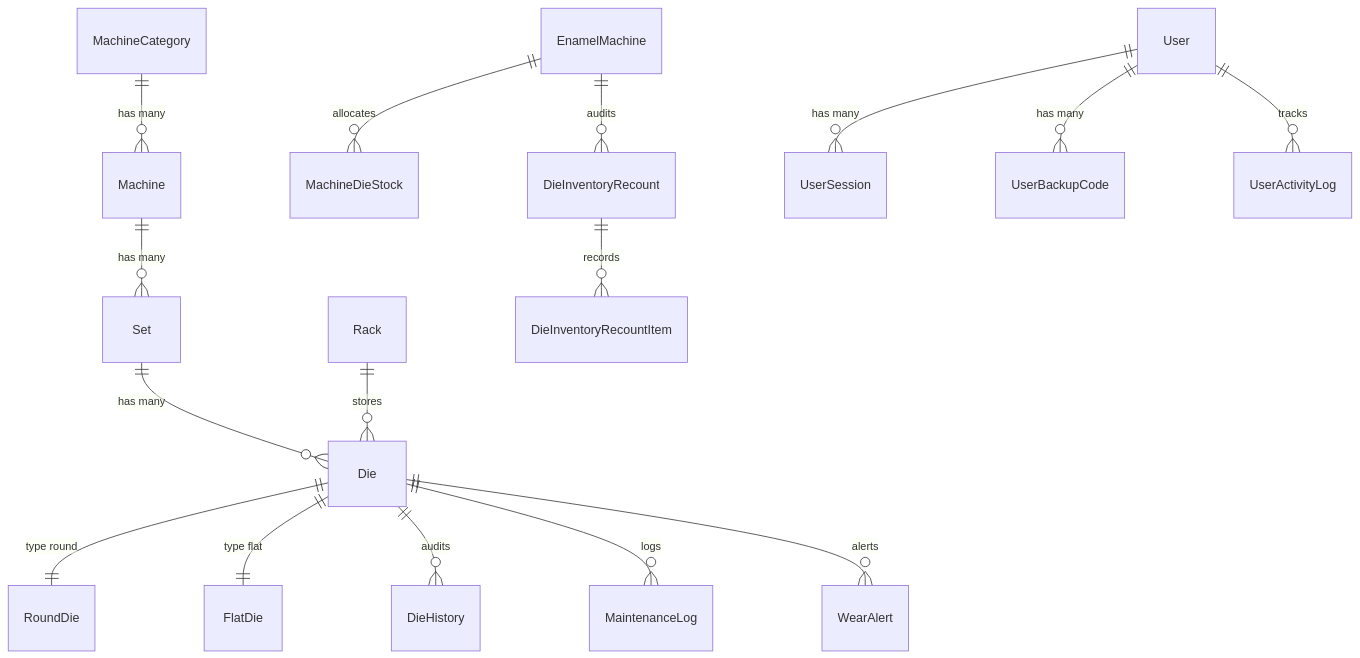
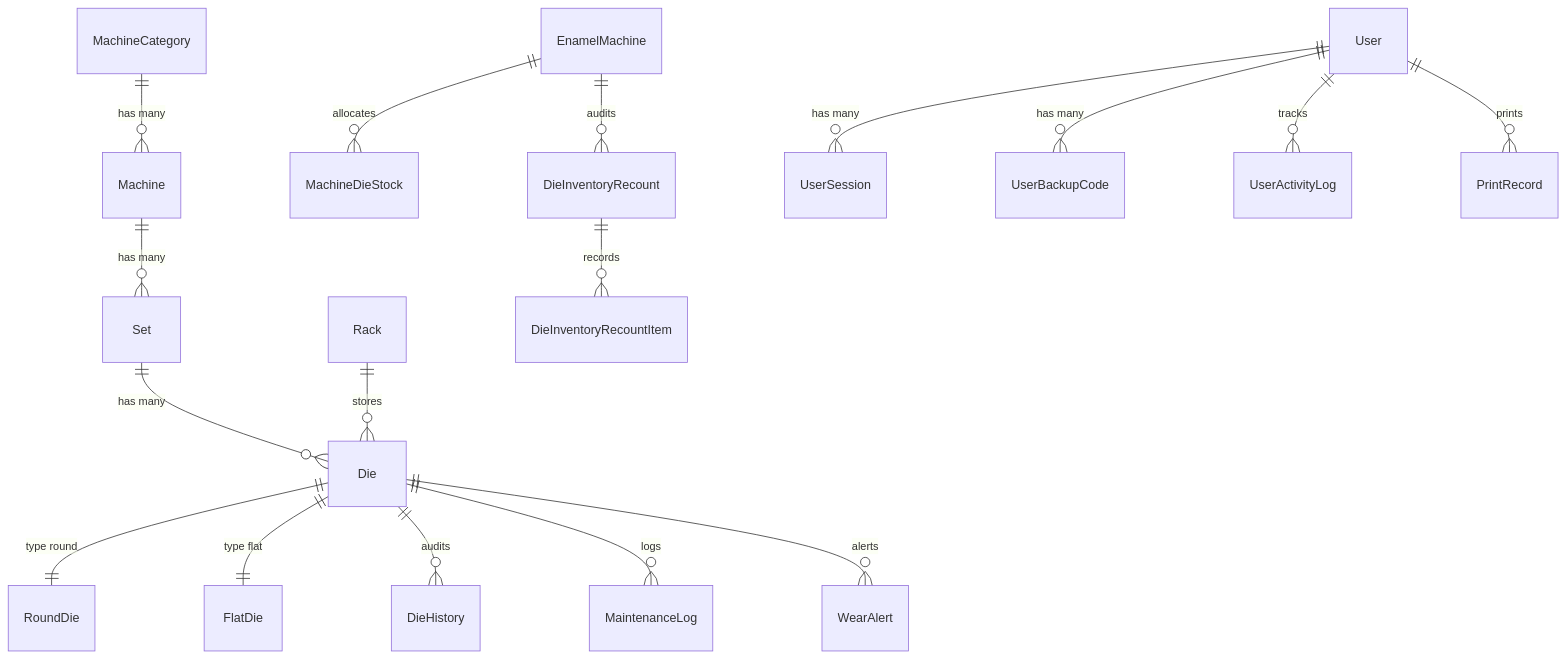
Before and after one commit to sauryah/dms-o2: the diagram in .dev/architecture/database.md, drawn with Mermaid. The commit also changed other lines of this file, not shown here.

````diff
--- a/.dev/architecture/database.md
+++ b/.dev/architecture/database.md
@@ -10,18 +10,19 @@
 ```mermaid
 erDiagram
     MachineCategory ||--o{ Machine : "has many"
     Machine ||--o{ Set : "has many"
     Set ||--o{ Die : "has many"
     Rack ||--o{ Die : "stores"
     Die ||--|| RoundDie : "type round"
     Die ||--|| FlatDie : "type flat"
     Die ||--o{ DieHistory : "audits"
     Die ||--o{ MaintenanceLog : "logs"
     Die ||--o{ WearAlert : "alerts"
     EnamelMachine ||--o{ MachineDieStock : "allocates"
     EnamelMachine ||--o{ DieInventoryRecount : "audits"
     DieInventoryRecount ||--o{ DieInventoryRecountItem : "records"
     User ||--o{ UserSession : "has many"
     User ||--o{ UserBackupCode : "has many"
     User ||--o{ UserActivityLog : "tracks"
+    User ||--o{ PrintRecord : "prints"
 ```
````
